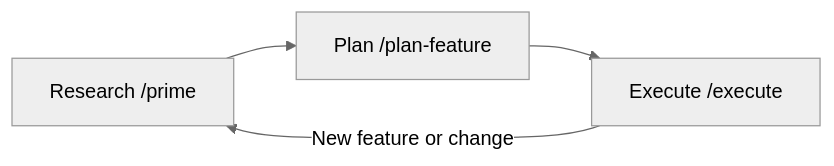
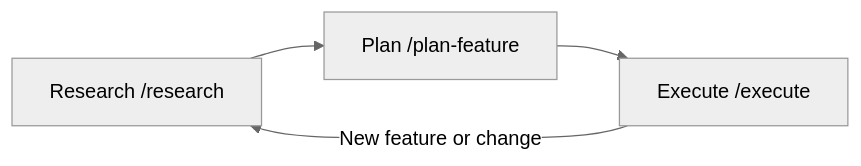
One commit to danielflorezjllo/research-plan-implement-loop changed the diagram in README.md. Above: the diagram before and after it, drawn with Mermaid (neutral theme). The commit also changed other lines of this file and 1 other file, not shown here.

First line of the commit message:
Rename /prime command to /research

````diff
--- a/README.md
+++ b/README.md
@@ -7,6 +7,6 @@
 ```mermaid
 graph LR
-    A[Research /prime] --> B[Plan /plan-feature]
+    A[Research /research] --> B[Plan /plan-feature]
     B --> C[Execute /execute]
     C -->|New feature or change| A
 ```
````
